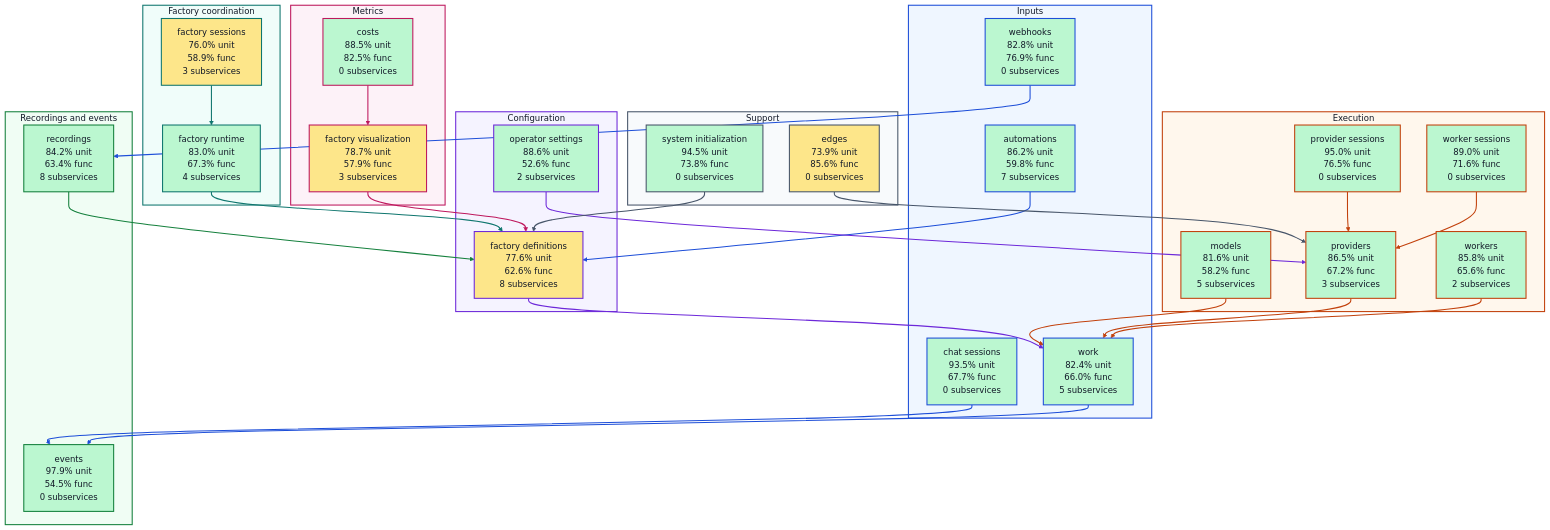
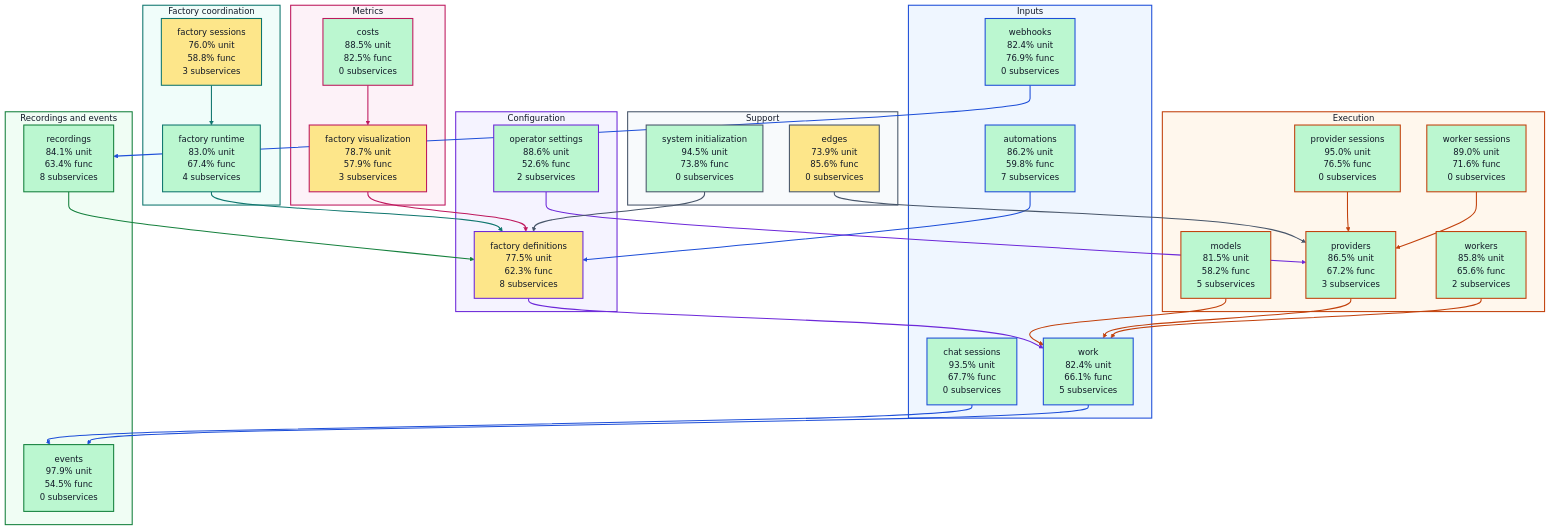
Before and after one commit to portpowered/you-agent-factory: the diagram in docs/architecture/visualizations/high-level-test-coverage.md, drawn with Mermaid. The commit also changed other lines of this file and 20 other files, not shown here.

Commit message:
docs: refresh backend architecture visualizations

```diff
--- a/docs/architecture/visualizations/high-level-test-coverage.md
+++ b/docs/architecture/visualizations/high-level-test-coverage.md
@@ -13,19 +13,19 @@
   subgraph input["Inputs"]
     s_services_automations["automations<br/>86.2% unit<br/>59.8% func<br/>7 subservices"]
     s_services_chat_sessions["chat sessions<br/>93.5% unit<br/>67.7% func<br/>0 subservices"]
-    s_services_webhooks["webhooks<br/>82.8% unit<br/>76.9% func<br/>0 subservices"]
-    s_services_work["work<br/>82.4% unit<br/>66.0% func<br/>5 subservices"]
+    s_services_webhooks["webhooks<br/>82.4% unit<br/>76.9% func<br/>0 subservices"]
+    s_services_work["work<br/>82.4% unit<br/>66.1% func<br/>5 subservices"]
   end
   subgraph configuration["Configuration"]
-    s_services_factory_definitions["factory definitions<br/>77.6% unit<br/>62.6% func<br/>8 subservices"]
+    s_services_factory_definitions["factory definitions<br/>77.5% unit<br/>62.3% func<br/>8 subservices"]
     s_services_operator_settings["operator settings<br/>88.6% unit<br/>52.6% func<br/>2 subservices"]
   end
   subgraph coordination["Factory coordination"]
-    s_services_factory_runtime["factory runtime<br/>83.0% unit<br/>67.3% func<br/>4 subservices"]
-    s_services_factory_sessions["factory sessions<br/>76.0% unit<br/>58.9% func<br/>3 subservices"]
+    s_services_factory_runtime["factory runtime<br/>83.0% unit<br/>67.4% func<br/>4 subservices"]
+    s_services_factory_sessions["factory sessions<br/>76.0% unit<br/>58.8% func<br/>3 subservices"]
   end
   subgraph execution["Execution"]
-    s_services_models["models<br/>81.6% unit<br/>58.2% func<br/>5 subservices"]
+    s_services_models["models<br/>81.5% unit<br/>58.2% func<br/>5 subservices"]
     s_services_provider_sessions["provider sessions<br/>95.0% unit<br/>76.5% func<br/>0 subservices"]
     s_services_providers["providers<br/>86.5% unit<br/>67.2% func<br/>3 subservices"]
     s_services_worker_sessions["worker sessions<br/>89.0% unit<br/>71.6% func<br/>0 subservices"]
@@ -33,7 +33,7 @@
   end
   subgraph recordings["Recordings and events"]
     s_services_events["events<br/>97.9% unit<br/>54.5% func<br/>0 subservices"]
-    s_services_recordings["recordings<br/>84.2% unit<br/>63.4% func<br/>8 subservices"]
+    s_services_recordings["recordings<br/>84.1% unit<br/>63.4% func<br/>8 subservices"]
   end
   subgraph metrics["Metrics"]
     s_services_costs["costs<br/>88.5% unit<br/>82.5% func<br/>0 subservices"]
```
